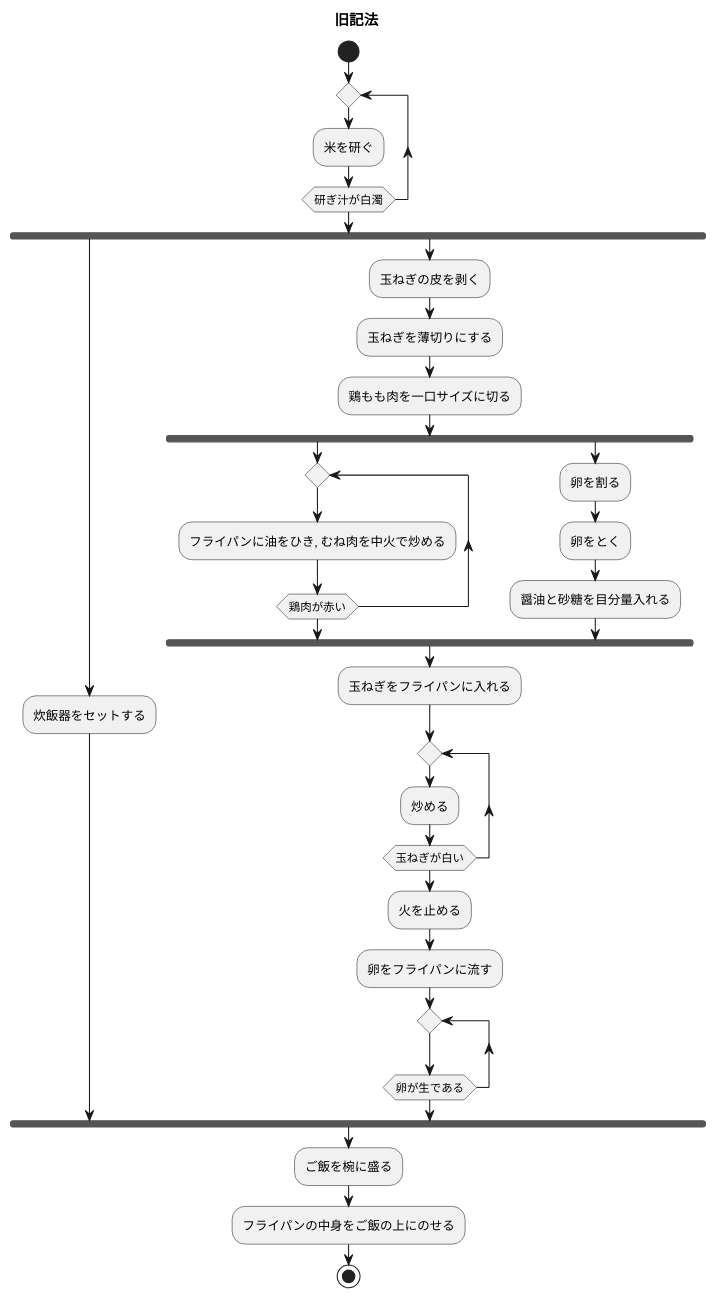
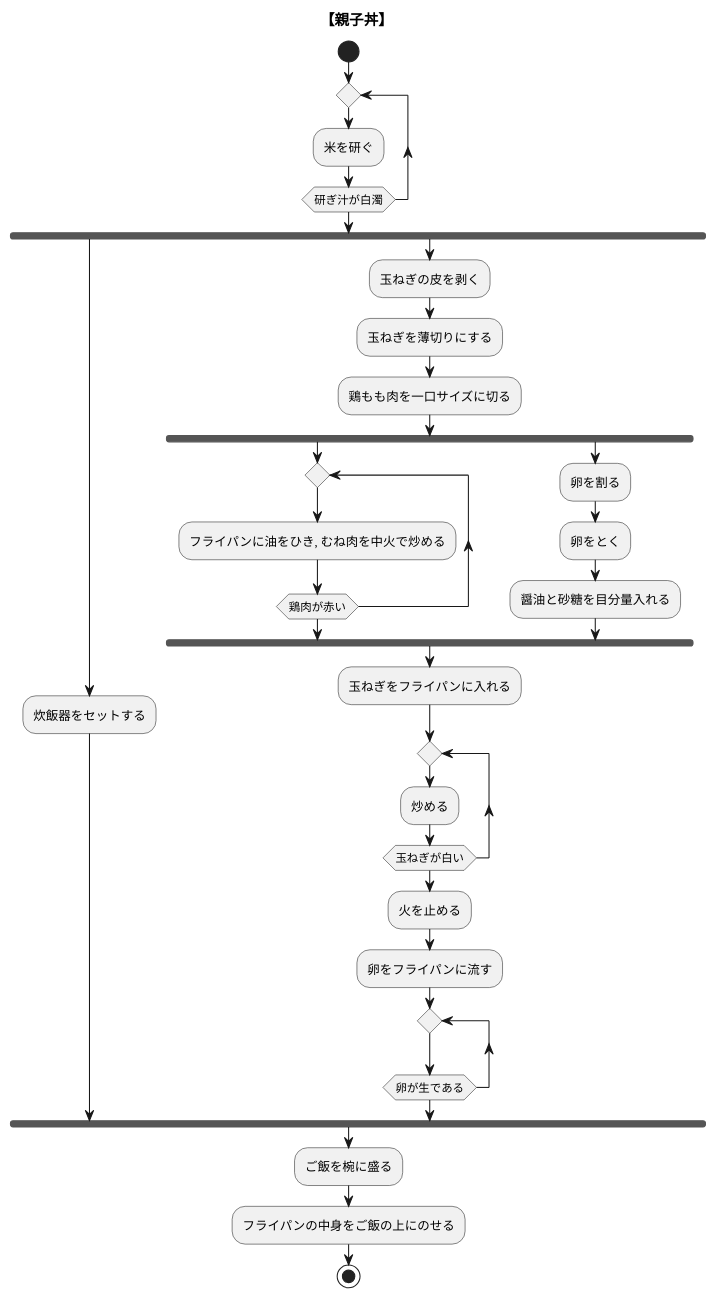
Before and after one commit to cyber-tribe/Cook: the diagram in oyakodon/recipe.md, drawn with PlantUML. The commit also changed 1 other file, not shown here.

Commit message:
タイトルを修正

````diff
--- a/oyakodon/recipe.md
+++ b/oyakodon/recipe.md
@@ -1,41 +1,41 @@
 ``` plantuml
 @startuml
-title 旧記法
+title 【親子丼】
 
 start
 
 repeat
     :米を研ぐ;
 repeat while (研ぎ汁が白濁)
 
 fork
     :炊飯器をセットする;
 fork again
     :玉ねぎの皮を剥く;
     :玉ねぎを薄切りにする;
     :鶏もも肉を一口サイズに切る;
     fork
         repeat
             :フライパンに油をひき, むね肉を中火で炒める;
         repeat while(鶏肉が赤い)
         fork again
             :卵を割る;
             :卵をとく;
             :醤油と砂糖を目分量入れる;
     end fork
     :玉ねぎをフライパンに入れる;
     repeat
         :炒める;
     repeat while(玉ねぎが白い)
     :火を止める;
     :卵をフライパンに流す;
     repeat
     repeat while(卵が生である)
 end fork
 :ご飯を椀に盛る;
 :フライパンの中身をご飯の上にのせる;
 
 stop
 
 @enduml
 ```
````
